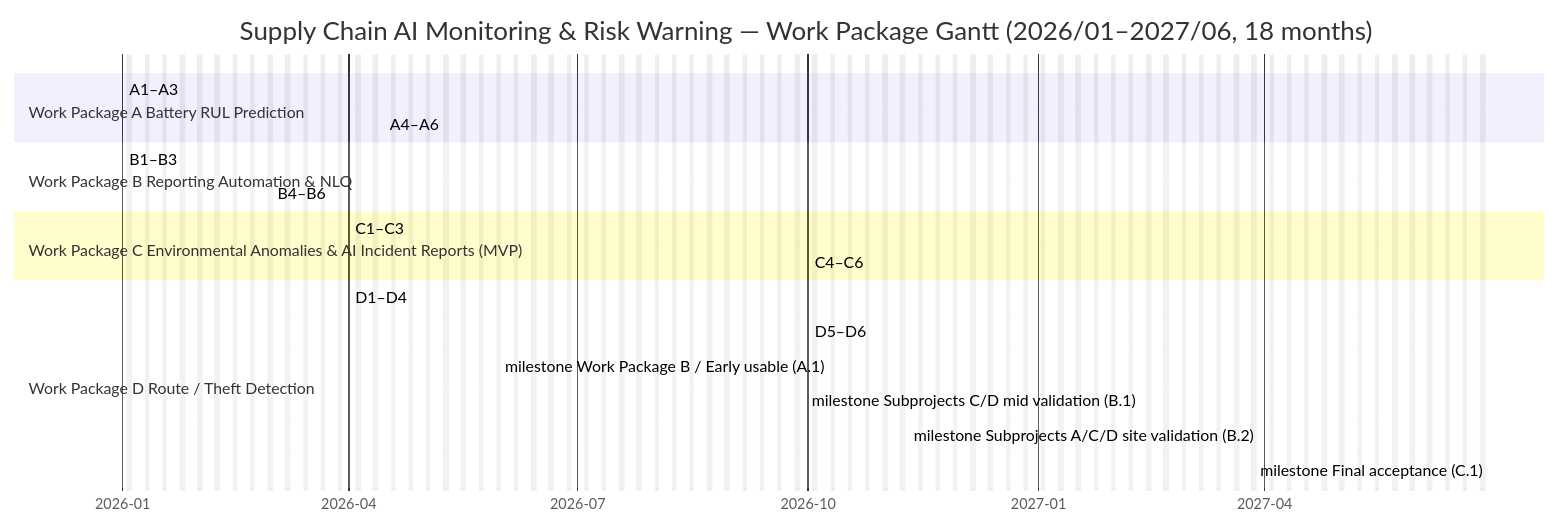
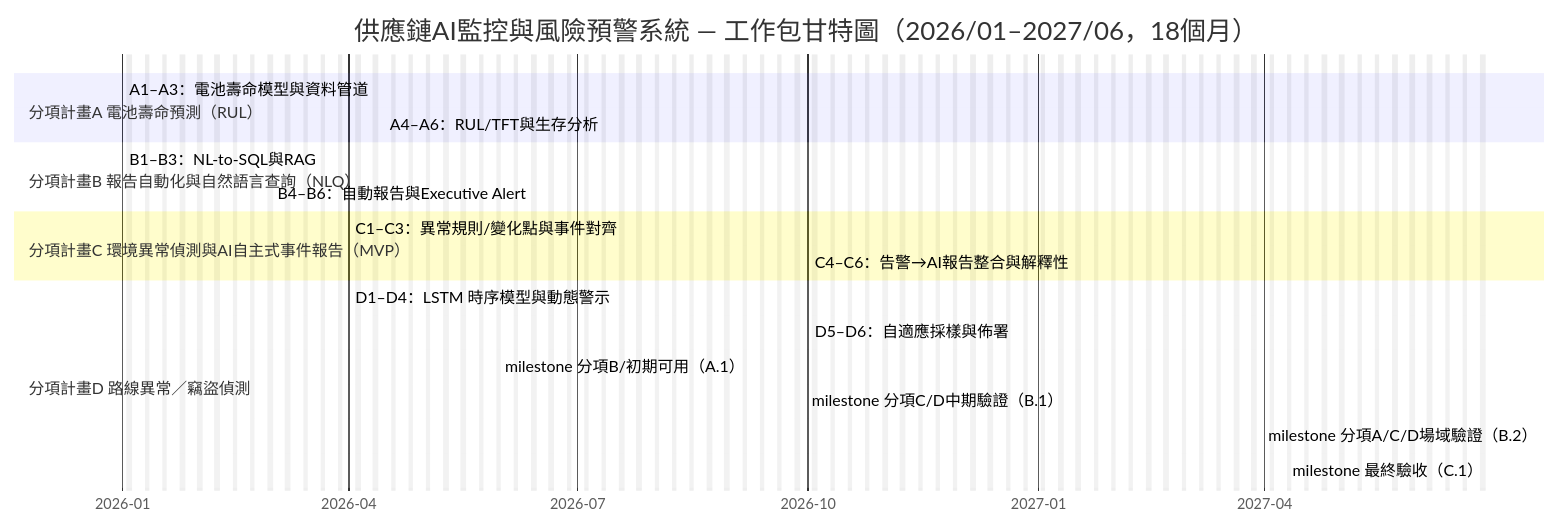
One commit to jshuo/ai-moea-proposal changed the tenth of 10 diagrams in proposal/AI-Application-Enhancement-Program-Proposal-Submission.md. Above: the diagram before and after it, drawn with Mermaid. The commit also changed other lines of this file, not shown here.

````diff
--- a/proposal/AI-Application-Enhancement-Program-Proposal-Submission.md
+++ b/proposal/AI-Application-Enhancement-Program-Proposal-Submission.md
@@ -870,28 +915,28 @@
 ```mermaid
 gantt
-  title Supply Chain AI Monitoring & Risk Warning — Work Package Gantt (2026/01–2027/06, 18 months)
+  title 供應鏈AI監控與風險預警系統 — 工作包甘特圖（2026/01–2027/06，18個月）
   dateFormat  YYYY-MM-DD
   axisFormat  %Y-%m
   excludes    weekends
 
-  section Work Package A Battery RUL Prediction
-  A1–A3: Battery life models & data pipelines      :a1, 2026-01-01, 4m
-  A4–A6: RUL/TFT & survival analysis               :a2, 2026-04-15, 6m
+  section 分項計畫A 電池壽命預測（RUL）
+  A1–A3：電池壽命模型與資料管道      :a1, 2026-01-01, 4m
+   A4–A6：RUL/TFT與生存分析           :a2, 2026-04-15, 6m
 
-  section Work Package B Reporting Automation & NLQ
-  B1–B3: NL-to-SQL & RAG                           :b1, 2026-01-01, 3.5m
-  B4–B6: Auto reporting & Executive Alert          :b2, 2026-03-01, 2.5m
+   section 分項計畫B 報告自動化與自然語言查詢（NLQ）
+   B1–B3：NL-to-SQL與RAG            :b1, 2026-01-01, 3.5m
+   B4–B6：自動報告與Executive Alert  :b2, 2026-03-01, 2.5m
 
-  section Work Package C Environmental Anomalies & AI Incident Reports (MVP)
-  C1–C3: Rules/change-points & event alignment     :c1, 2026-04-01, 8m
-  C4–C6: Alert → AI report integration & explainability :c2, 2026-10-01, 4m
+  section 分項計畫C 環境異常偵測與AI自主式事件報告（MVP）
+  C1–C3：異常規則/變化點與事件對齊  :c1, 2026-04-01, 8m
+  C4–C6：告警→AI報告整合與解釋性     :c2, 2026-10-01, 4m
 
-  section Work Package D Route / Theft Detection
-  D1–D4: LSTM/graph models & dynamic alerts        :d1, 2026-04-01, 9m
-  D5–D6: Adaptive sampling & deployment            :d2, 2026-10-01, 5m
+  section 分項計畫D 路線異常／竊盜偵測
+  D1–D4：LSTM 時序模型與動態警示      :d1, 2026-04-01, 9m
+   D5–D6：自適應採樣與佈署          :d2, 2026-10-01, 5m
 
-  milestone Work Package B / Early usable (A.1)      :m1, 2026-05-31, 0d
-  milestone Subprojects C/D mid validation (B.1)   :m2, 2026-09-30, 0d
-  milestone Subprojects A/C/D site validation (B.2):m3, 2027-03-31, 0d
-  milestone Final acceptance (C.1)                 :m4, 2027-06-30, 0d
+   milestone 分項B/初期可用（A.1）   :m1, 2026-05-31, 0d
+   milestone 分項C/D中期驗證（B.1）  :m2, 2026-09-30, 0d
+   milestone 分項A/C/D場域驗證（B.2）:m3, 2027-03-31, 0d
+  milestone 最終驗收（C.1）         :m4, 2027-06-30, 0d
 ```
````
